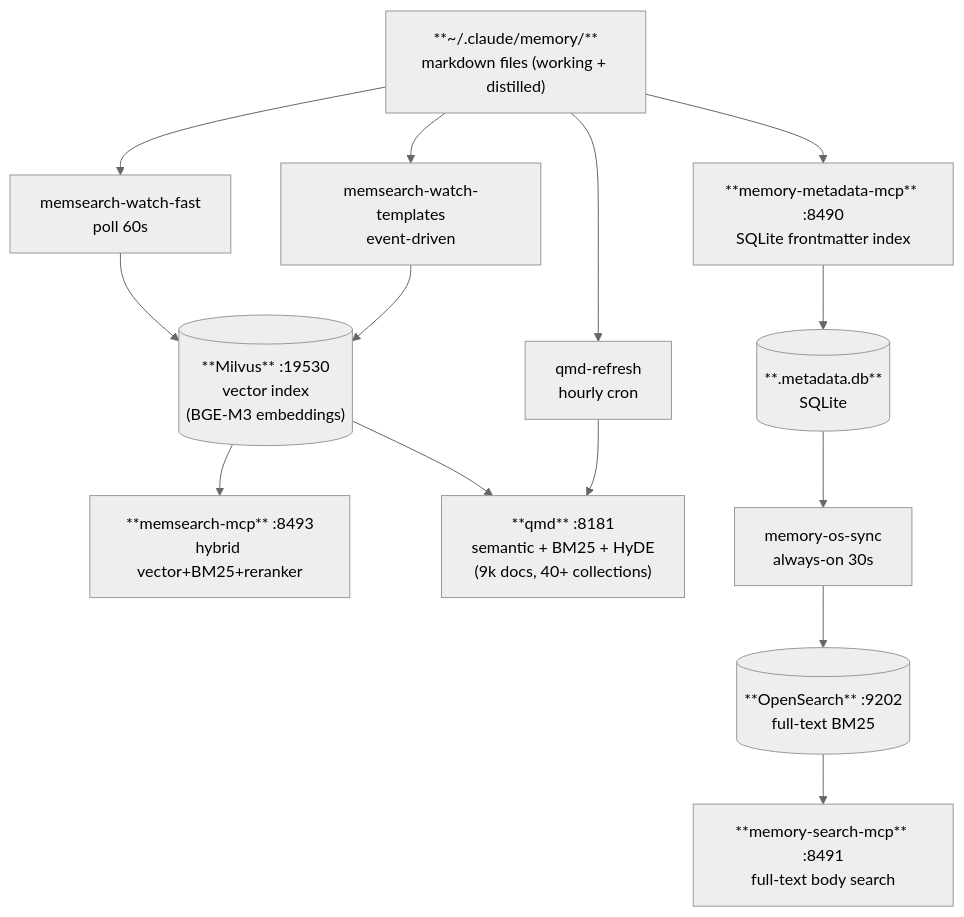
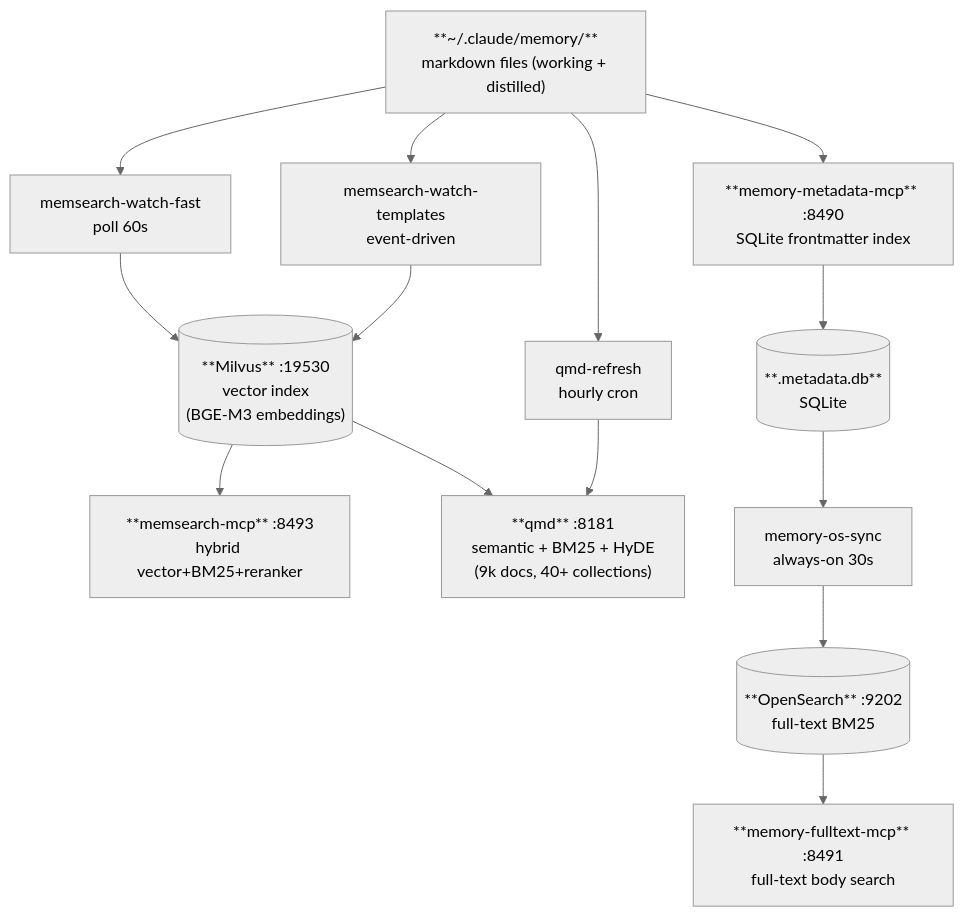
The second of 5 diagrams in docs/components/memory/memory-architecture.md (TadMSTR/homelab-agent), drawn with Mermaid (neutral theme) before and after one commit. The commit also changed other lines of this file and 10 other files, not shown here.

First line of the commit message:
docs: fix stale memory-search-mcp/memsearch-watch refs and broken links (Vikunja #291)

````diff
--- a/docs/components/memory/memory-architecture.md
+++ b/docs/components/memory/memory-architecture.md
@@ -42,20 +42,20 @@
 ```mermaid
 flowchart TD
     notes["**~/.claude/memory/**\nmarkdown files (working + distilled)"]
 
     notes --> mw_fast["memsearch-watch-fast\npoll 60s"]
     notes --> mw_tmpl["memsearch-watch-templates\nevent-driven"]
     mw_fast --> milvus[("**Milvus** :19530\nvector index\n(BGE-M3 embeddings)")]
     mw_tmpl --> milvus
     milvus --> mm["**memsearch-mcp** :8493\nhybrid vector+BM25+reranker"]
 
     milvus --> qmd_svc["**qmd** :8181\nsemantic + BM25 + HyDE\n(9k docs, 40+ collections)"]
     notes --> qr["qmd-refresh\nhourly cron"]
     qr --> qmd_svc
 
     notes --> meta["**memory-metadata-mcp** :8490\nSQLite frontmatter index"]
     meta --> sqlite[("**.metadata.db**\nSQLite")]
     sqlite --> os_sync["memory-os-sync\nalways-on 30s"]
     os_sync --> opensearch[("**OpenSearch** :9202\nfull-text BM25")]
-    opensearch --> search["**memory-search-mcp** :8491\nfull-text body search"]
+    opensearch --> search["**memory-fulltext-mcp** :8491\nfull-text body search"]
 ```
````
